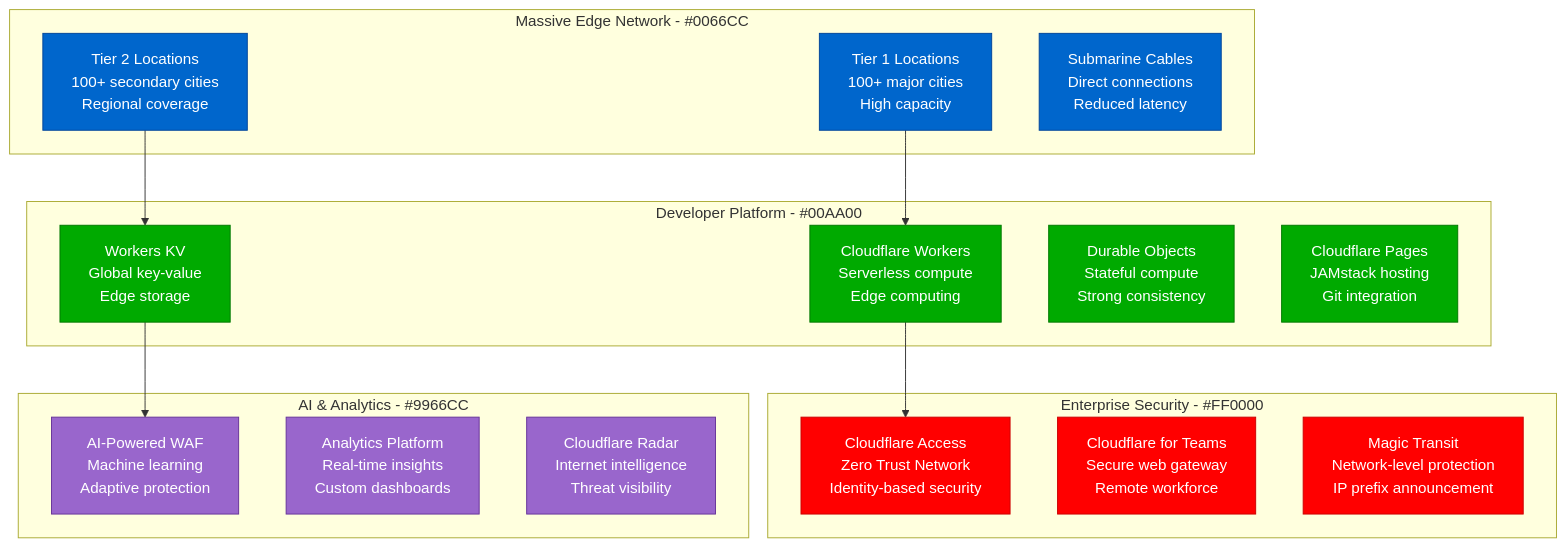
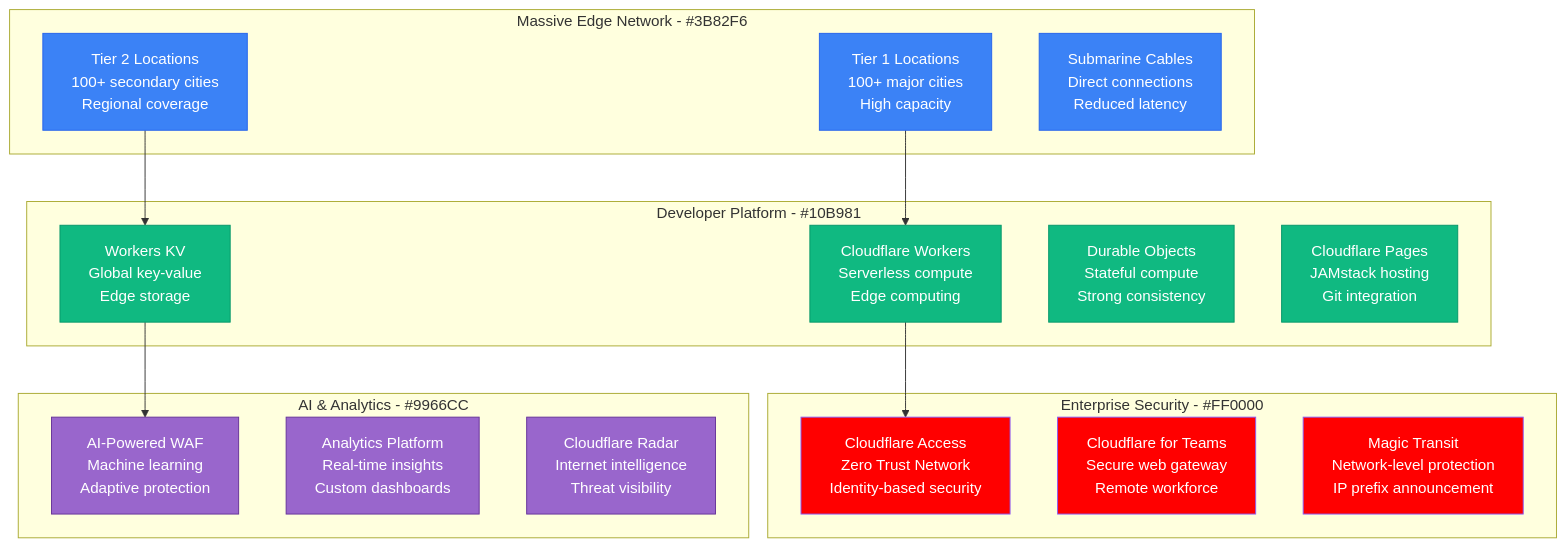
The fourth of 4 diagrams in site/docs/scaling/cloudflare-scale-evolution.md (deepaucksharma/DS), drawn with Mermaid before and after one commit. The commit also changed other lines of this file and 187 other files, not shown here.

````diff
--- a/site/docs/scaling/cloudflare-scale-evolution.md
+++ b/site/docs/scaling/cloudflare-scale-evolution.md
@@ -144,42 +144,42 @@
 ```mermaid
 graph TB
-    subgraph MassiveEdge[Massive Edge Network - #0066CC]
+    subgraph MassiveEdge[Massive Edge Network - #3B82F6]
         TIER1[Tier 1 Locations<br/>100+ major cities<br/>High capacity]
         TIER2[Tier 2 Locations<br/>100+ secondary cities<br/>Regional coverage]
         SUBMARINE[Submarine Cables<br/>Direct connections<br/>Reduced latency]
     end
 
-    subgraph DeveloperPlatform[Developer Platform - #00AA00]
+    subgraph DeveloperPlatform[Developer Platform - #10B981]
         WORKERS[Cloudflare Workers<br/>Serverless compute<br/>Edge computing]
         KV_STORE[Workers KV<br/>Global key-value<br/>Edge storage]
         DURABLE_OBJECTS[Durable Objects<br/>Stateful compute<br/>Strong consistency]
         PAGES[Cloudflare Pages<br/>JAMstack hosting<br/>Git integration]
     end
 
     subgraph EnterpriseSecurity[Enterprise Security - #FF0000]
         ZERO_TRUST[Cloudflare Access<br/>Zero Trust Network<br/>Identity-based security]
         TEAMS[Cloudflare for Teams<br/>Secure web gateway<br/>Remote workforce]
         MAGIC_TRANSIT[Magic Transit<br/>Network-level protection<br/>IP prefix announcement]
     end
 
     subgraph AIAnalytics[AI & Analytics - #9966CC]
         AI_WAF[AI-Powered WAF<br/>Machine learning<br/>Adaptive protection]
         ANALYTICS_PLATFORM[Analytics Platform<br/>Real-time insights<br/>Custom dashboards]
         RADAR[Cloudflare Radar<br/>Internet intelligence<br/>Threat visibility]
     end
 
     TIER1 --> WORKERS
     TIER2 --> KV_STORE
     WORKERS --> ZERO_TRUST
     KV_STORE --> AI_WAF
 
-    classDef edgeStyle fill:#0066CC,stroke:#004499,color:#fff
-    classDef serviceStyle fill:#00AA00,stroke:#007700,color:#fff
-    classDef securityStyle fill:#FF0000,stroke:#CC0000,color:#fff
+    classDef edgeStyle fill:#3B82F6,stroke:#2563EB,color:#fff
+    classDef serviceStyle fill:#10B981,stroke:#059669,color:#fff
+    classDef securityStyle fill:#FF0000,stroke:#8B5CF6,color:#fff
     classDef mlStyle fill:#9966CC,stroke:#663399,color:#fff
 
     class TIER1,TIER2,SUBMARINE edgeStyle
     class WORKERS,KV_STORE,DURABLE_OBJECTS,PAGES serviceStyle
     class ZERO_TRUST,TEAMS,MAGIC_TRANSIT securityStyle
     class AI_WAF,ANALYTICS_PLATFORM,RADAR mlStyle
 ```
````
